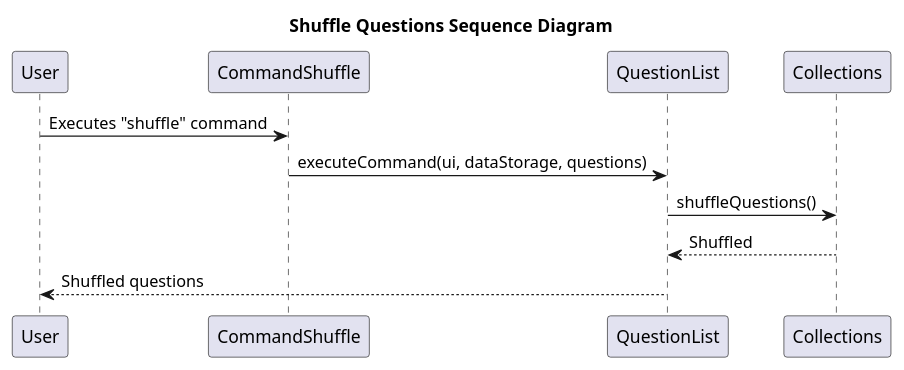
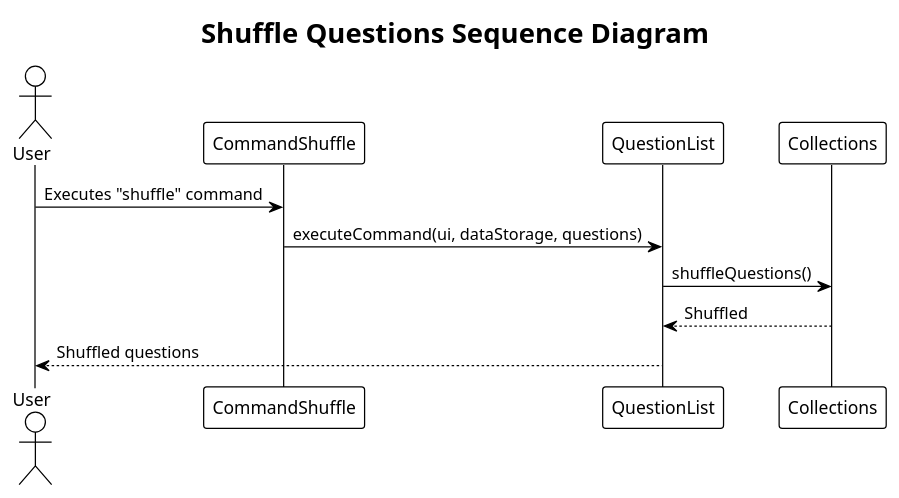
Before and after one commit to nus-cs2113-AY2324S1/tp: the diagram in docs/UML/Commands/commandShuffle.puml, drawn with PlantUML. The commit also changed 8 other files, not shown here.

```diff
--- a/docs/UML/Commands/commandShuffle.puml
+++ b/docs/UML/Commands/commandShuffle.puml
@@ -1,15 +1,16 @@
 @startuml
+!theme plain
 title Shuffle Questions Sequence Diagram
 
-participant User
+actor User
 participant CommandShuffle
 participant QuestionList
 participant Collections
 
 User -> CommandShuffle: Executes "shuffle" command
 CommandShuffle -> QuestionList: executeCommand(ui, dataStorage, questions)
 QuestionList -> Collections: shuffleQuestions()
 Collections --> QuestionList: Shuffled
 QuestionList --> User: Shuffled questions
 
 @enduml
```
